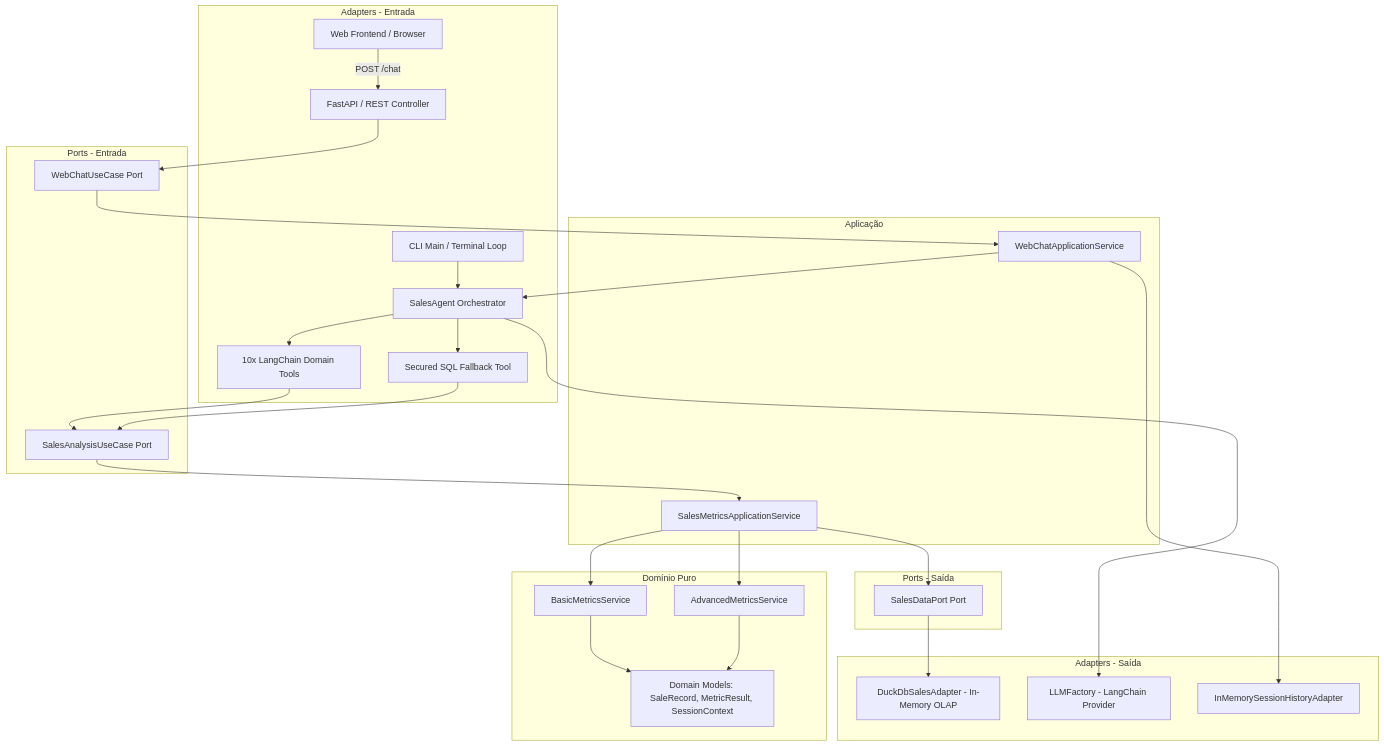
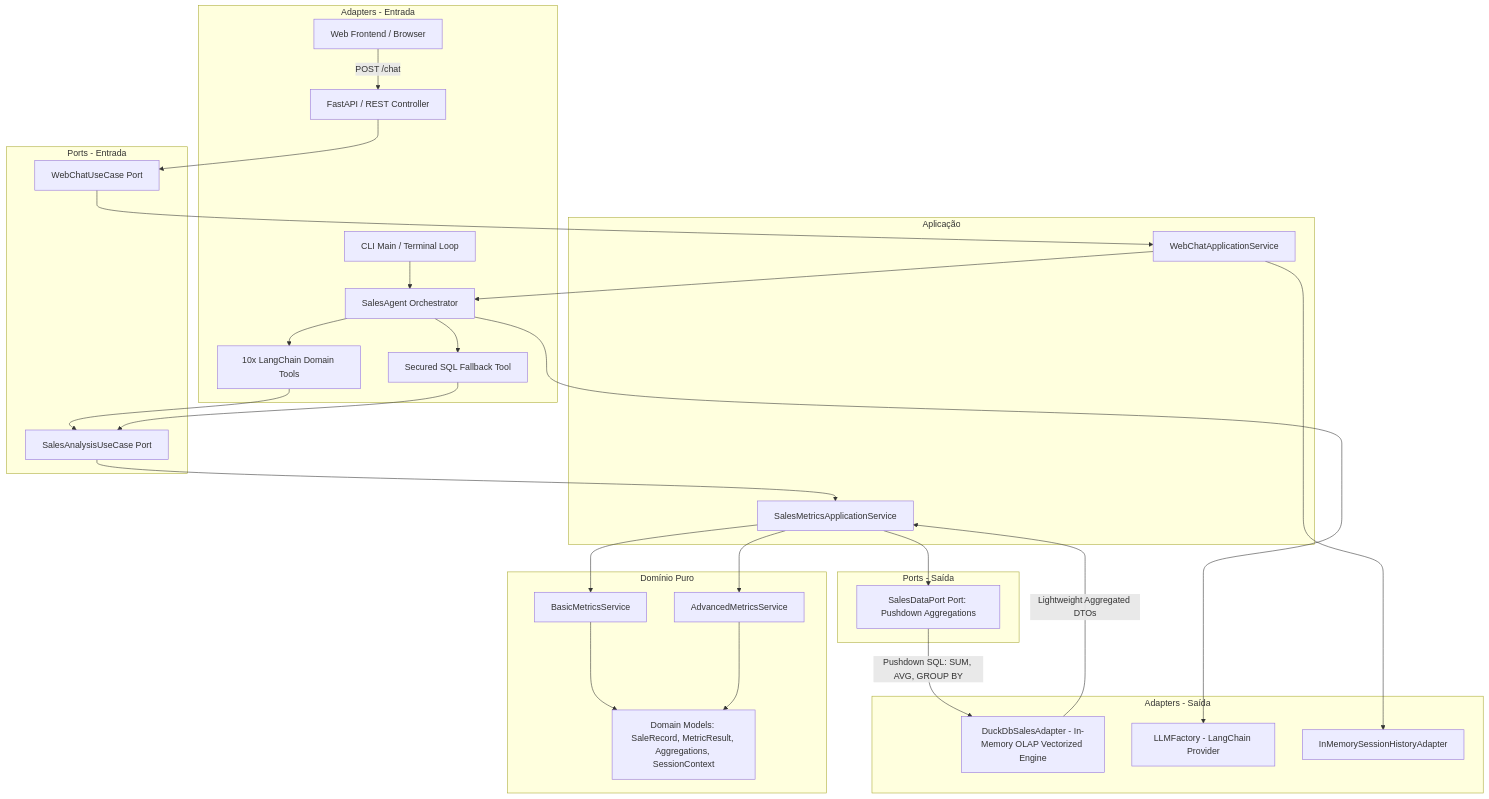
The diagram in README.md (juliosilvacwb/sales-agent), drawn with Mermaid before and after one commit. The commit also changed other lines of this file and 22 other files, not shown here.

First line of the commit message:
feat(analytics): implement OLAP pushdown aggregations in DuckDB for scalability (T003)

````diff
--- a/README.md
+++ b/README.md
@@ -32,56 +32,57 @@
 ```mermaid
 graph TB
     subgraph Inbound Adapters [Adapters - Entrada]
         WebClient[Web Frontend / Browser]
         FastAPI[FastAPI / REST Controller]
         CLI[CLI Main / Terminal Loop]
         Agent[SalesAgent Orchestrator]
         DomainTools[10x LangChain Domain Tools]
         FallbackTool[Secured SQL Fallback Tool]
     end
 
     subgraph Inbound Ports [Ports - Entrada]
         UseCasePort[SalesAnalysisUseCase Port]
         WebChatPort[WebChatUseCase Port]
     end
 
     subgraph Application Core [Aplicação]
         AppService[SalesMetricsApplicationService]
         WebChatAppService[WebChatApplicationService]
     end
 
-    subgraph Domain Core [Domínio Puro]
-        Models[Domain Models: SaleRecord, MetricResult, SessionContext]
-        BasicMetrics[BasicMetricsService]
-        AdvancedMetrics[AdvancedMetricsService]
-    end
-
     subgraph Outbound Ports [Ports - Saída]
-        DataPort[SalesDataPort Port]
+        DataPort[SalesDataPort Port: Pushdown Aggregations]
     end
 
     subgraph Outbound Adapters [Adapters - Saída]
-        DuckDBAdapter[DuckDbSalesAdapter - In-Memory OLAP]
+        DuckDBAdapter[DuckDbSalesAdapter - In-Memory OLAP Vectorized Engine]
         LLMFactory[LLMFactory - LangChain Provider]
         SessionMemory[InMemorySessionHistoryAdapter]
+    end
+
+    subgraph Domain Core [Domínio Puro]
+        Models[Domain Models: SaleRecord, MetricResult, Aggregations, SessionContext]
+        BasicMetrics[BasicMetricsService]
+        AdvancedMetrics[AdvancedMetricsService]
     end
 
     WebClient -->|POST /chat| FastAPI
     FastAPI --> WebChatPort
     WebChatPort --> WebChatAppService
     WebChatAppService --> Agent
     WebChatAppService --> SessionMemory
     CLI --> Agent
     Agent --> DomainTools
     Agent --> FallbackTool
     DomainTools --> UseCasePort
     FallbackTool --> UseCasePort
     UseCasePort --> AppService
+    AppService --> DataPort
+    DataPort -->|Pushdown SQL: SUM, AVG, GROUP BY| DuckDBAdapter
+    DuckDBAdapter -->|Lightweight Aggregated DTOs| AppService
     AppService --> BasicMetrics
     AppService --> AdvancedMetrics
     BasicMetrics --> Models
     AdvancedMetrics --> Models
-    AppService --> DataPort
-    DataPort --> DuckDBAdapter
     Agent --> LLMFactory
 ```
````
